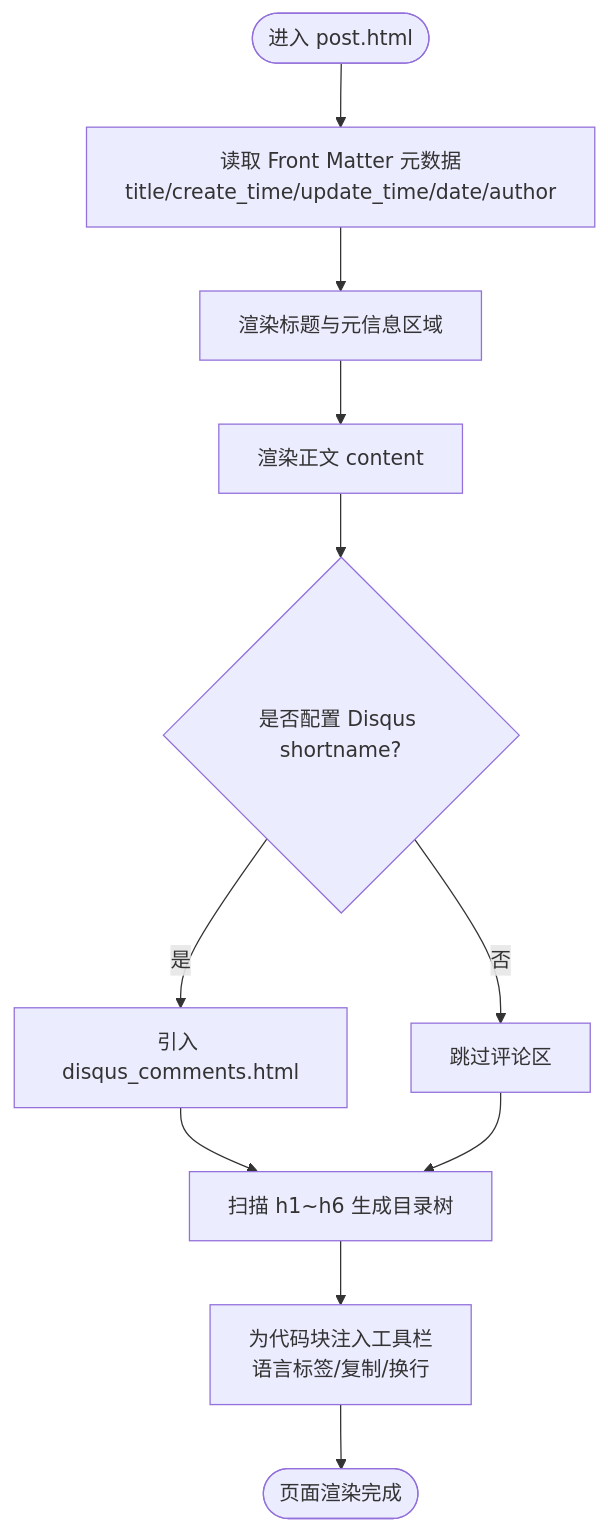
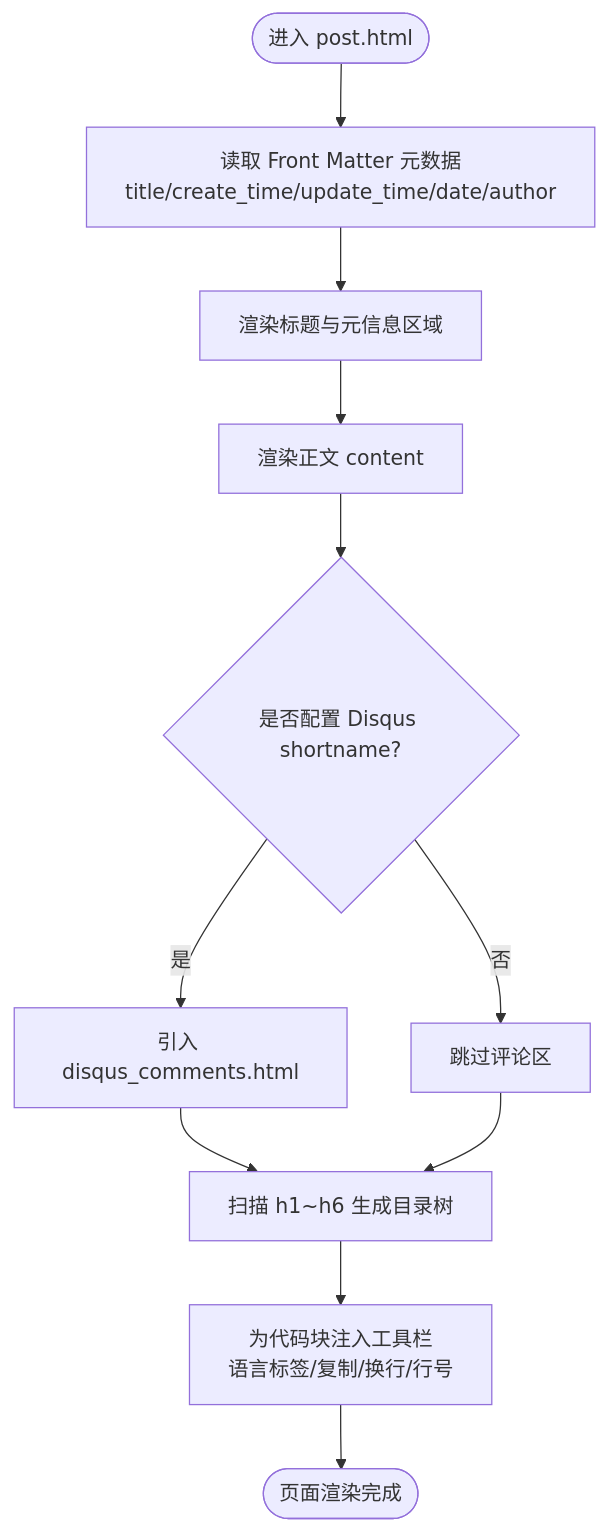
Before and after one commit to LZC6244/lzc6244.github.io: the third of 7 diagrams in .qoder/repowiki/zh/content/主题定制/布局定制/文章页布局定制.md, drawn with Mermaid. The commit also changed other lines of this file and 36 other files, not shown here.

````diff
--- a/.qoder/repowiki/zh/content/主题定制/布局定制/文章页布局定制.md
+++ b/.qoder/repowiki/zh/content/主题定制/布局定制/文章页布局定制.md
@@ -147,13 +161,13 @@
 ```mermaid
 flowchart TD
 Start(["进入 post.html"]) --> ReadMeta["读取 Front Matter 元数据<br/>title/create_time/update_time/date/author"]
 ReadMeta --> RenderHeader["渲染标题与元信息区域"]
 RenderHeader --> RenderContent["渲染正文 content"]
 RenderContent --> CheckDisqus{"是否配置 Disqus shortname?"}
 CheckDisqus --> |是| LoadComments["引入 disqus_comments.html"]
 CheckDisqus --> |否| SkipComments["跳过评论区"]
 LoadComments --> BuildTOC["扫描 h1~h6 生成目录树"]
 SkipComments --> BuildTOC
-BuildTOC --> InjectToolbar["为代码块注入工具栏<br/>语言标签/复制/换行"]
+BuildTOC --> InjectToolbar["为代码块注入工具栏<br/>语言标签/复制/换行/行号"]
 InjectToolbar --> End(["页面渲染完成"])
 ```
````
